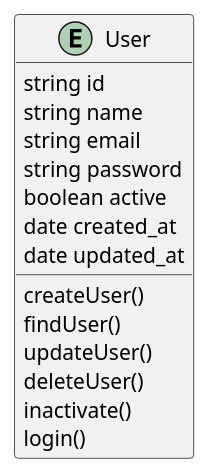
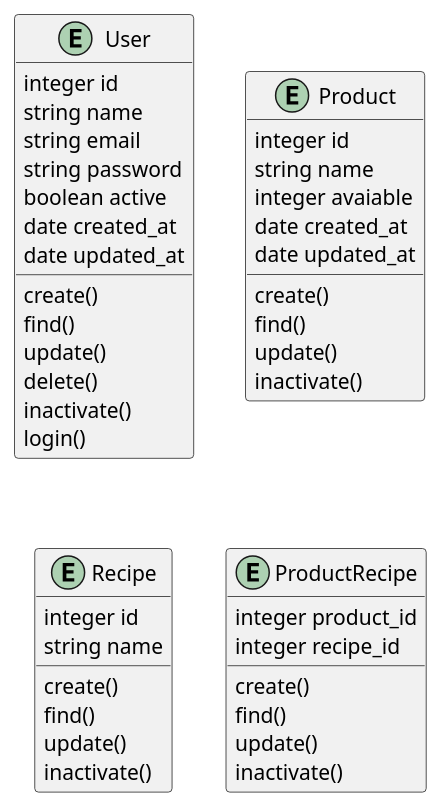
The diagram in docs/class-diagram.puml (gustavovalle23/churros-microservices-fastapi), drawn with PlantUML before and after one commit.

```diff
--- a/docs/class-diagram.puml
+++ b/docs/class-diagram.puml
@@ -1,20 +1,54 @@
-@startuml user
+@startuml class-diagram
 
 entity User
 
-User : string id
+User : integer id
 User : string name
 User : string email
 User : string password
 User : boolean active
 User : date created_at
 User : date updated_at
 
-User : createUser()
-User : findUser()
-User : updateUser()
-User : deleteUser()
+User : create()
+User : find()
+User : update()
+User : delete()
 User : inactivate()
 User : login()
 
+entity Product
+
+Product : integer id
+Product : string name
+Product : integer avaiable
+Product : date created_at
+Product : date updated_at
+
+Product : create()
+Product : find()
+Product : update()
+Product : inactivate()
+
+entity Recipe
+
+Recipe : integer id
+Recipe : string name
+
+Recipe : create()
+Recipe : find()
+Recipe : update()
+Recipe : inactivate()
+
+
+entity ProductRecipe
+
+ProductRecipe : integer product_id
+ProductRecipe : integer recipe_id
+
+ProductRecipe : create()
+ProductRecipe : find()
+ProductRecipe : update()
+ProductRecipe : inactivate()
+
 @enduml
```
